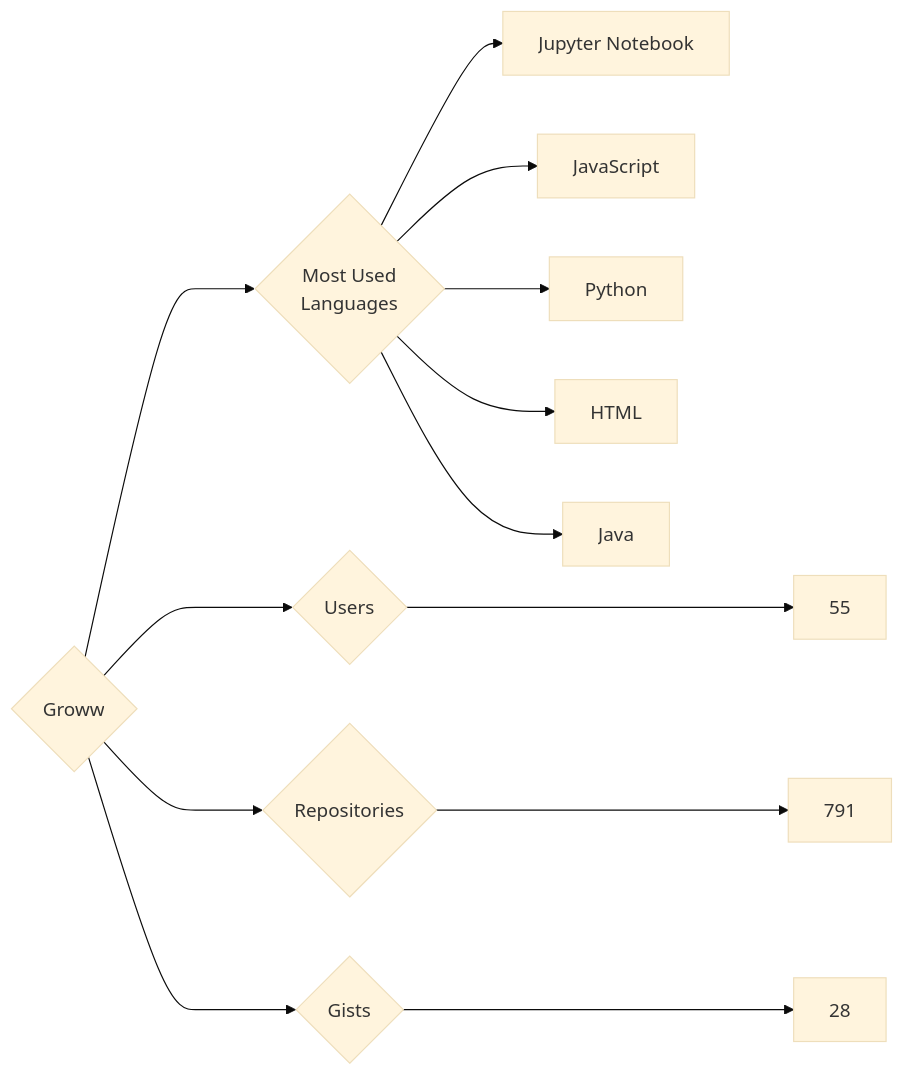
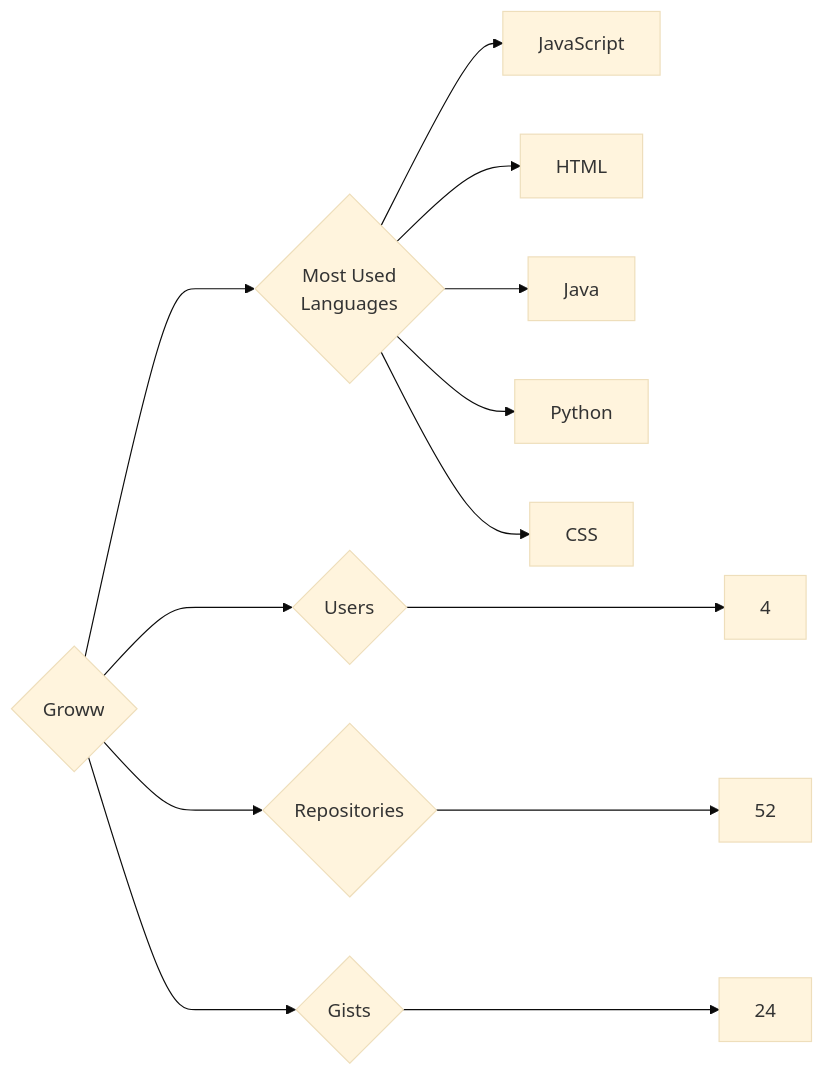
The diagram in targets/Groww/README.md (trickest/insiders), drawn with Mermaid (base theme) before and after one commit. The commit also changed 847 other files, not shown here.

````diff
--- a/targets/Groww/README.md
+++ b/targets/Groww/README.md
@@ -3,13 +3,13 @@
 ```mermaid
 graph LR
 COMPANY_NAME{Groww}
-COMPANY_NAME ---> U{Users} ---> UN[55]
-COMPANY_NAME ---> R{Repositories} ---> RN[791]
-COMPANY_NAME ---> G{Gists} ---> GN[28]
+COMPANY_NAME ---> U{Users} ---> UN[4]
+COMPANY_NAME ---> R{Repositories} ---> RN[52]
+COMPANY_NAME ---> G{Gists} ---> GN[24]
 COMPANY_NAME ---> ML{Most Used<br>Languages}
-ML --> Jupyter_Notebook[Jupyter Notebook]
 ML --> JavaScript[JavaScript]
-ML --> Python[Python]
 ML --> HTML[HTML]
 ML --> Java[Java]
+ML --> Python[Python]
+ML --> CSS[CSS]
 ```
````
